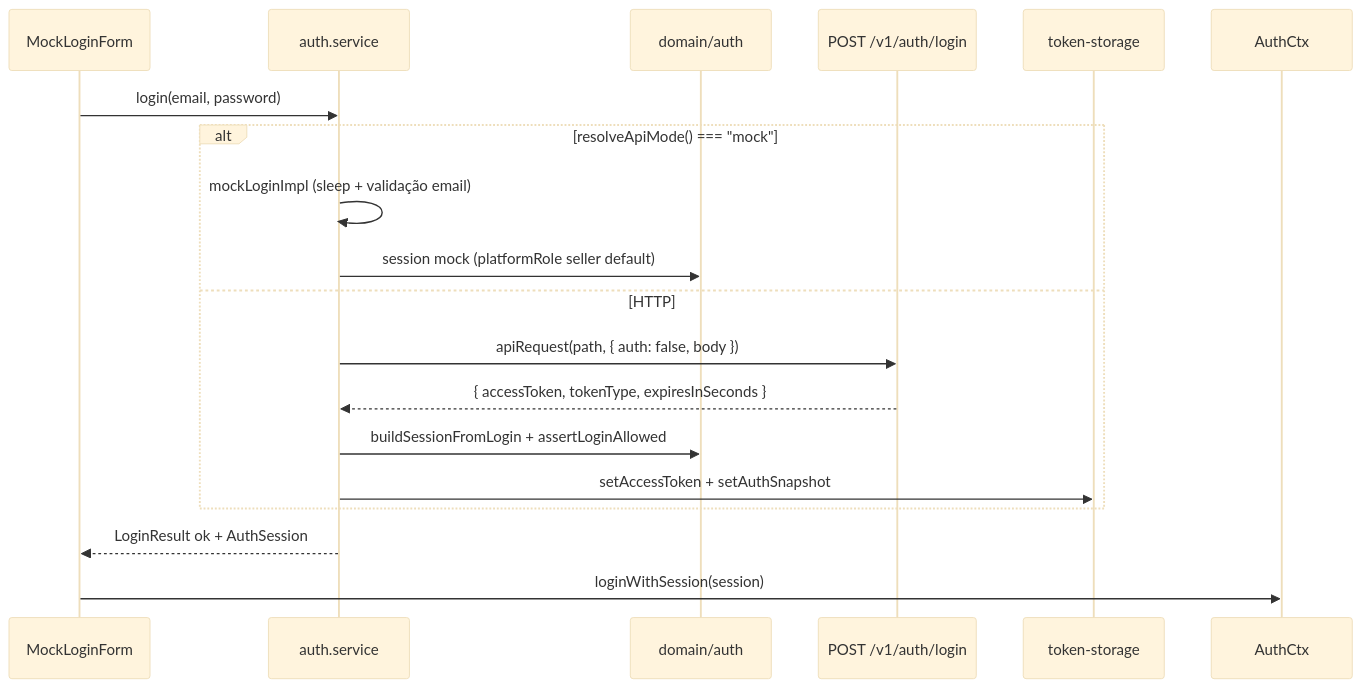
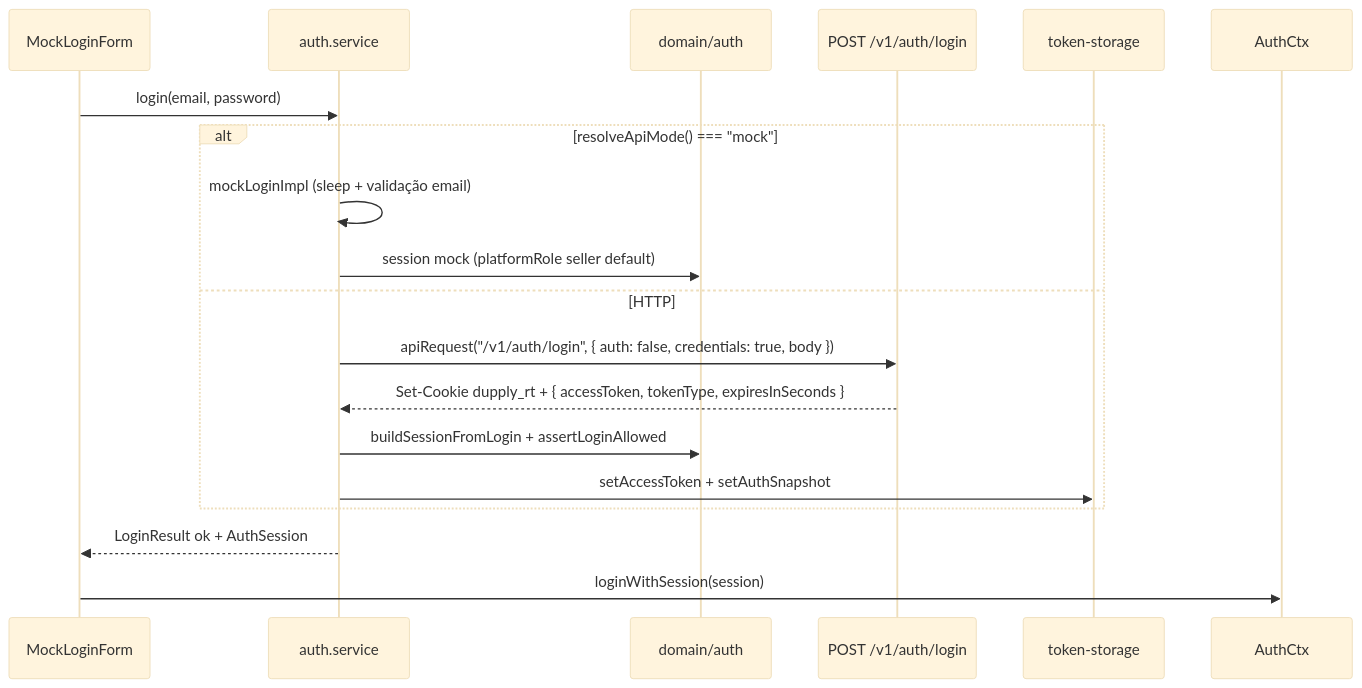
Before and after one commit to vvmafra/dupply-frontend: the second of 5 diagrams in .specs/features/auth-login-persistence/design.md, drawn with Mermaid (base theme). The commit also changed other lines of this file and 185 other files, not shown here.

````diff
--- a/.specs/features/auth-login-persistence/design.md
+++ b/.specs/features/auth-login-persistence/design.md
@@ -220,21 +221,21 @@
 ```mermaid
 sequenceDiagram
   participant UI as MockLoginForm
   participant Svc as auth.service
   participant Dom as domain/auth
   participant API as POST /v1/auth/login
   participant Store as token-storage
 
   UI->>Svc: login(email, password)
   alt resolveApiMode() === "mock"
     Svc->>Svc: mockLoginImpl (sleep + validação email)
     Svc->>Dom: session mock (platformRole seller default)
   else HTTP
-    Svc->>API: apiRequest(path, { auth: false, body })
-    API-->>Svc: { accessToken, tokenType, expiresInSeconds }
+    Svc->>API: apiRequest("/v1/auth/login", { auth: false, credentials: true, body })
+    API-->>Svc: Set-Cookie dupply_rt + { accessToken, tokenType, expiresInSeconds }
     Svc->>Dom: buildSessionFromLogin + assertLoginAllowed
     Svc->>Store: setAccessToken + setAuthSnapshot
   end
   Svc-->>UI: LoginResult ok + AuthSession
   UI->>AuthCtx: loginWithSession(session)
 ```
````
